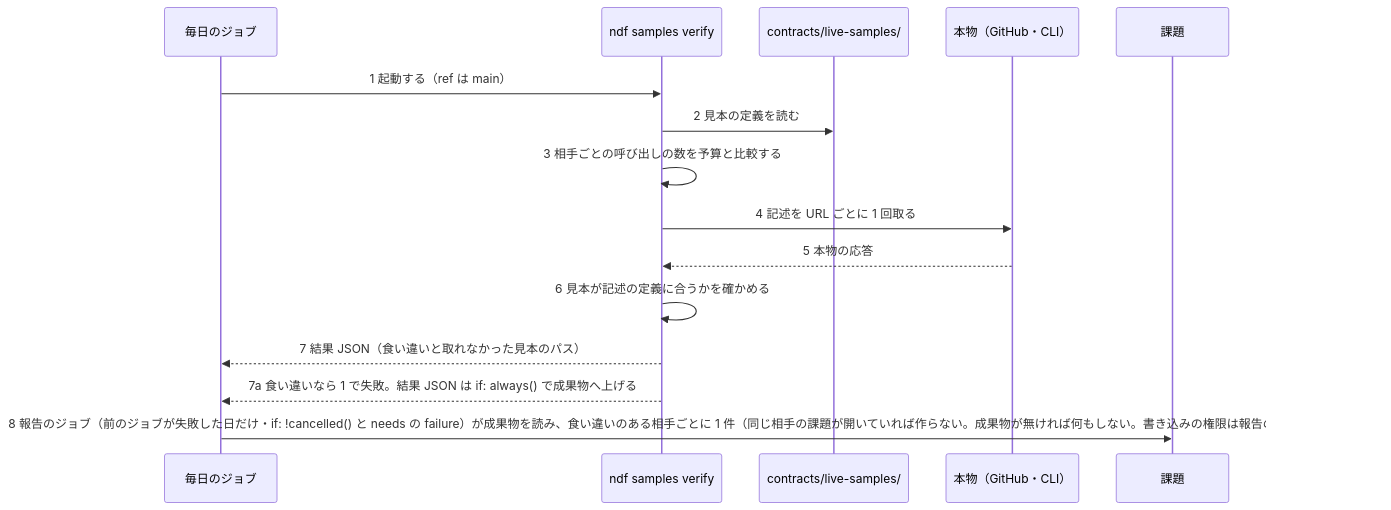
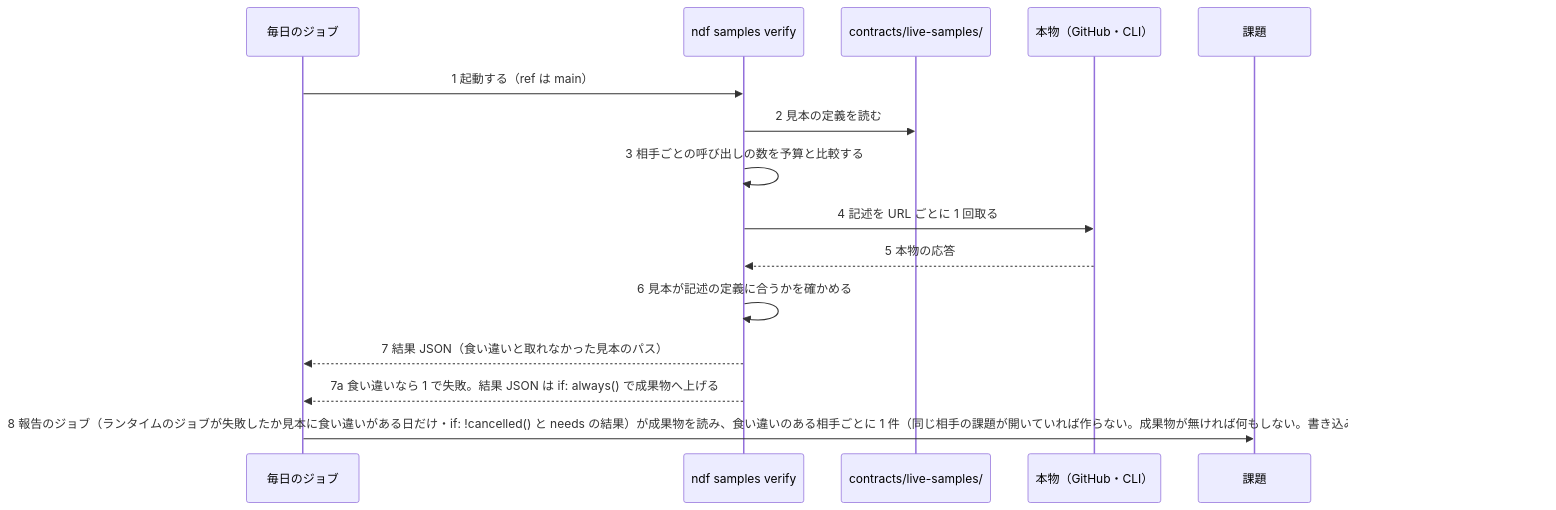
One commit to devbasex/ai-plugins changed the fourth of 5 diagrams in issues/issue-3687-design.md. Above: the diagram before and after it, drawn with Mermaid. The commit also changed other lines of this file and 6 other files, not shown here.

````diff
--- a/issues/issue-3687-design.md
+++ b/issues/issue-3687-design.md
@@ -273,17 +273,17 @@
 ```mermaid
 sequenceDiagram
   participant D as 毎日のジョブ
   participant V as ndf samples verify
   participant C as contracts/live-samples/
   participant R as 本物（GitHub・CLI）
   participant G as 課題
   D->>V: 1 起動する（ref は main）
   V->>C: 2 見本の定義を読む
   V->>V: 3 相手ごとの呼び出しの数を予算と比較する
   V->>R: 4 記述を URL ごとに 1 回取る
   R-->>V: 5 本物の応答
   V->>V: 6 見本が記述の定義に合うかを確かめる
   V-->>D: 7 結果 JSON（食い違いと取れなかった見本のパス）
   V-->>D: 7a 食い違いなら 1 で失敗。結果 JSON は if: always() で成果物へ上げる
-  D->>G: 8 報告のジョブ（前のジョブが失敗した日だけ・if: !cancelled() と needs の failure）が成果物を読み、食い違いのある相手ごとに 1 件（同じ相手の課題が開いていれば作らない。成果物が無ければ何もしない。書き込みの権限は報告のジョブだけが持つ）
+  D->>G: 8 報告のジョブ（ランタイムのジョブが失敗したか見本に食い違いがある日だけ・if: !cancelled() と needs の結果）が成果物を読み、食い違いのある相手ごとに 1 件（同じ相手の課題が開いていれば作らない。成果物が無ければ何もしない。書き込みの権限は報告のジョブだけが持つ）
 ```
````
